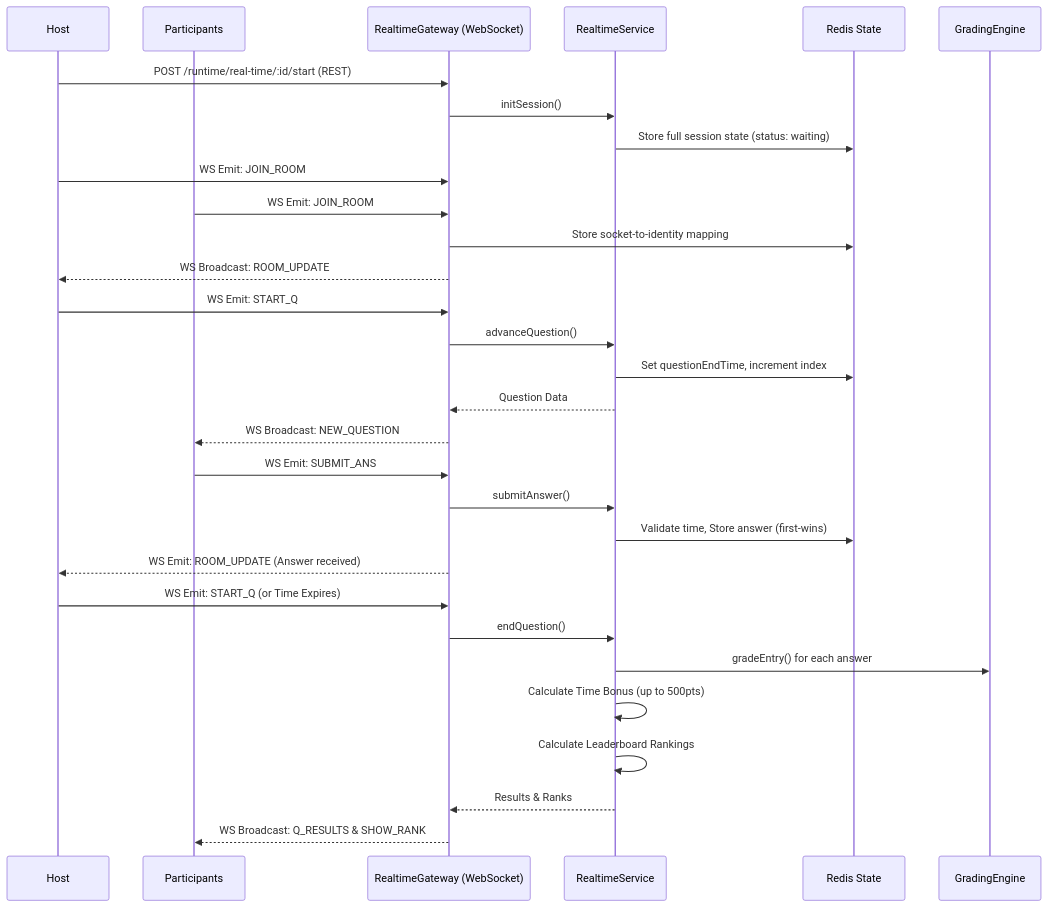
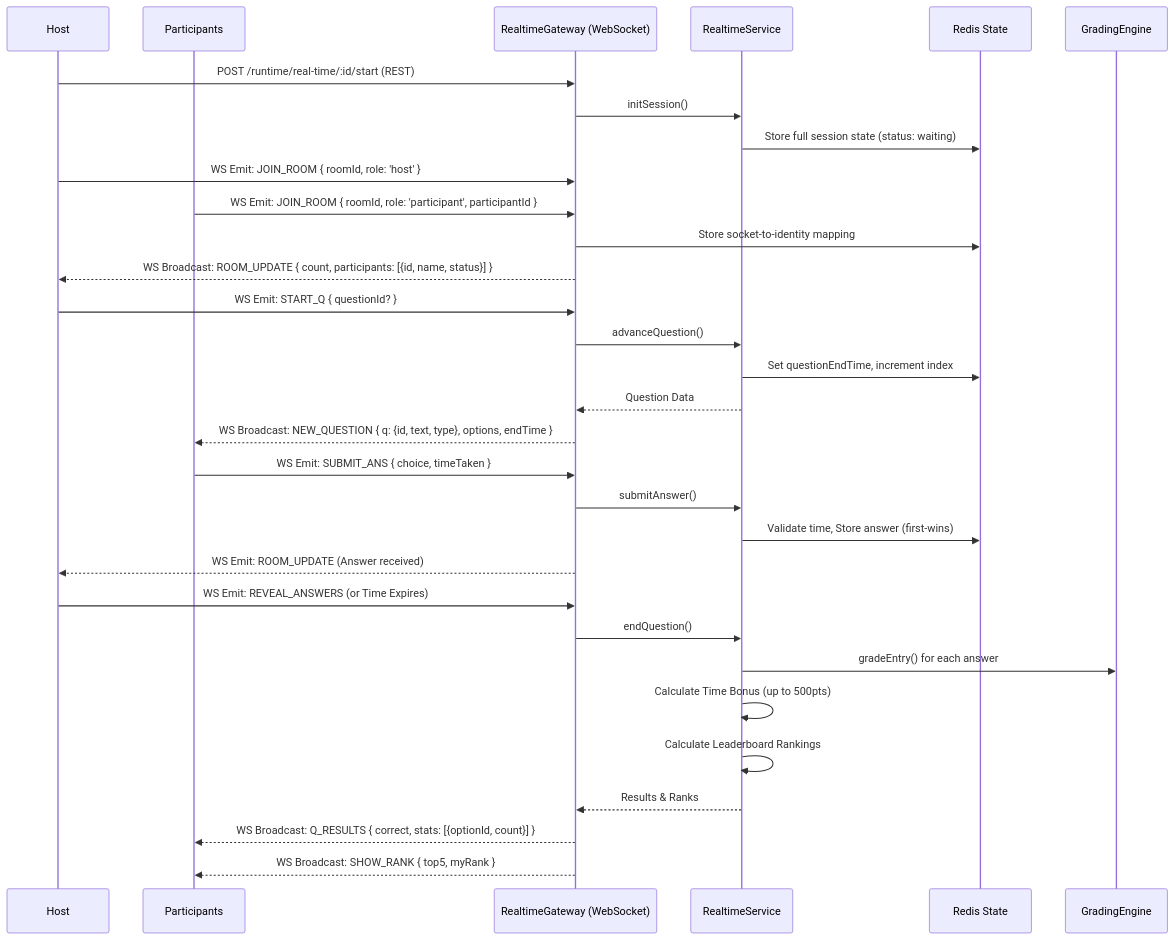
Before and after one commit to KhornMolika/assessment-service-backend: the fifth of 8 diagrams in system.md, drawn with Mermaid. The commit also changed other lines of this file and 13 other files, not shown here.

Commit message:
feat: align real-time flow to Kahoot-style UI event map and update docs

````diff
--- a/system.md
+++ b/system.md
@@ -302,37 +302,38 @@
 ```mermaid
 sequenceDiagram
     participant H as Host
     participant P as Participants
     participant API as RealtimeGateway (WebSocket)
     participant RS as RealtimeService
     participant Redis as Redis State
     participant GE as GradingEngine
 
     H->>API: POST /runtime/real-time/:id/start (REST)
     API->>RS: initSession()
     RS->>Redis: Store full session state (status: waiting)
 
-    H->>API: WS Emit: JOIN_ROOM
-    P->>API: WS Emit: JOIN_ROOM
+    H->>API: WS Emit: JOIN_ROOM { roomId, role: 'host' }
+    P->>API: WS Emit: JOIN_ROOM { roomId, role: 'participant', participantId }
     API->>Redis: Store socket-to-identity mapping
-    API-->>H: WS Broadcast: ROOM_UPDATE
+    API-->>H: WS Broadcast: ROOM_UPDATE { count, participants: [{id, name, status}] }
 
-    H->>API: WS Emit: START_Q
+    H->>API: WS Emit: START_Q { questionId? }
     API->>RS: advanceQuestion()
     RS->>Redis: Set questionEndTime, increment index
     RS-->>API: Question Data
-    API-->>P: WS Broadcast: NEW_QUESTION
+    API-->>P: WS Broadcast: NEW_QUESTION { q: {id, text, type}, options, endTime }
 
-    P->>API: WS Emit: SUBMIT_ANS
+    P->>API: WS Emit: SUBMIT_ANS { choice, timeTaken }
     API->>RS: submitAnswer()
     RS->>Redis: Validate time, Store answer (first-wins)
     API-->>H: WS Emit: ROOM_UPDATE (Answer received)
 
-    H->>API: WS Emit: START_Q (or Time Expires)
+    H->>API: WS Emit: REVEAL_ANSWERS (or Time Expires)
     API->>RS: endQuestion()
     RS->>GE: gradeEntry() for each answer
     RS->>RS: Calculate Time Bonus (up to 500pts)
     RS->>RS: Calculate Leaderboard Rankings
     RS-->>API: Results & Ranks
-    API-->>P: WS Broadcast: Q_RESULTS & SHOW_RANK
+    API-->>P: WS Broadcast: Q_RESULTS { correct, stats: [{optionId, count}] }
+    API-->>P: WS Broadcast: SHOW_RANK { top5, myRank }
 ```
````
